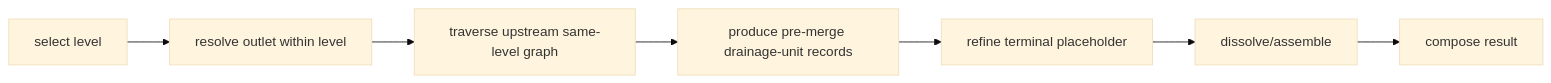
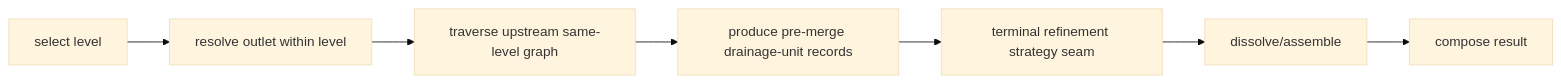
One commit to CooperBigFoot/shed changed the first of 3 diagrams in crates/core/README.md. Above: the diagram before and after it, drawn with Mermaid (base theme). The commit also changed other lines of this file and 10 other files, not shown here.

Commit message:
feat(core): define d8 refinement strategy contract

````diff
--- a/crates/core/README.md
+++ b/crates/core/README.md
@@ -13,12 +13,12 @@
 ```mermaid
 flowchart LR
     select[select level]
     resolve[resolve outlet within level]
     traverse[traverse upstream same-level graph]
     records[produce pre-merge drainage-unit records]
-    refine[refine terminal placeholder]
+    refine[terminal refinement strategy seam]
     dissolve[dissolve/assemble]
     compose[compose result]
 
     select --> resolve --> traverse --> records --> refine --> dissolve --> compose
 ```
````
